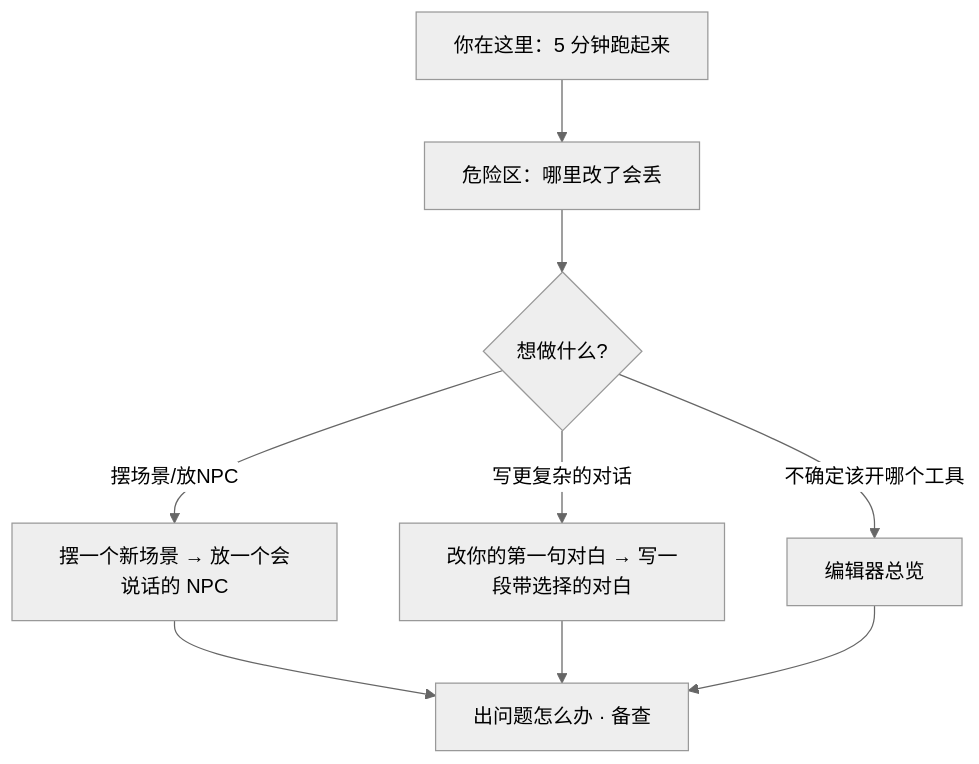
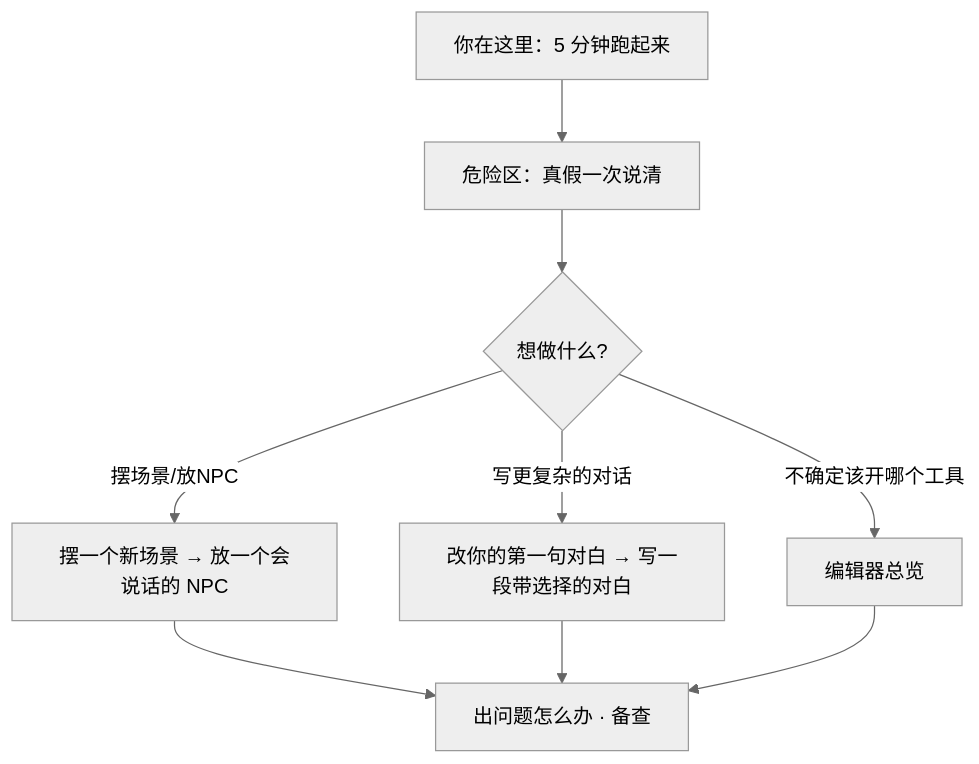
The second of 2 diagrams in docs/tutorials/intro.mdx (wubugui/GDoc), drawn with Mermaid (neutral theme) before and after one commit. The commit also changed other lines of this file and 27 other files, not shown here.

````diff
--- a/docs/tutorials/intro.mdx
+++ b/docs/tutorials/intro.mdx
@@ -158,11 +158,11 @@
 ```mermaid
 flowchart TD
-  A[你在这里：5 分钟跑起来] --> B[危险区：哪里改了会丢]
+  A[你在这里：5 分钟跑起来] --> B[危险区：真假一次说清]
   B --> C{想做什么?}
   C -->|摆场景/放NPC| D[摆一个新场景 → 放一个会说话的 NPC]
   C -->|写更复杂的对话| E[改你的第一句对白 → 写一段带选择的对白]
   C -->|不确定该开哪个工具| F[编辑器总览]
   D --> G[出问题怎么办 · 备查]
   E --> G
   F --> G
 ```
````
